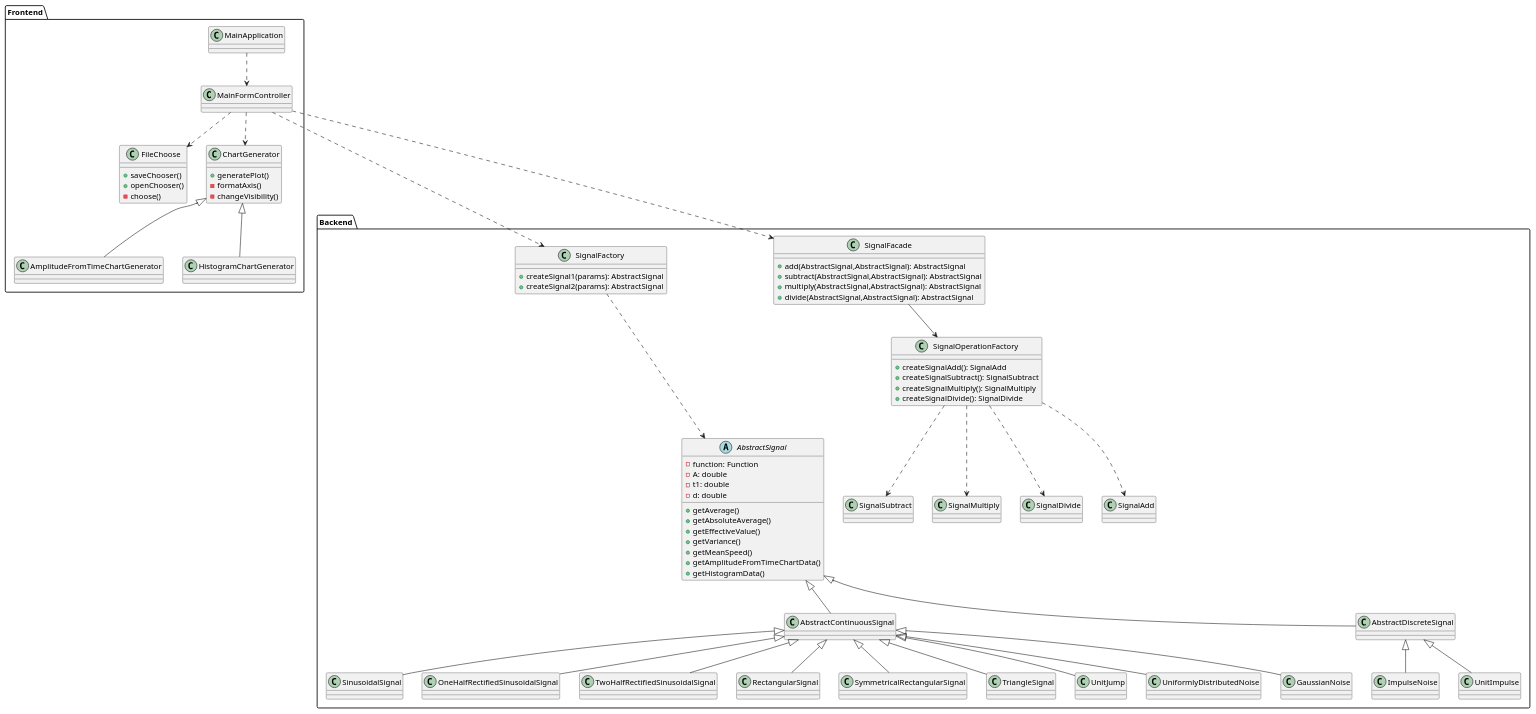
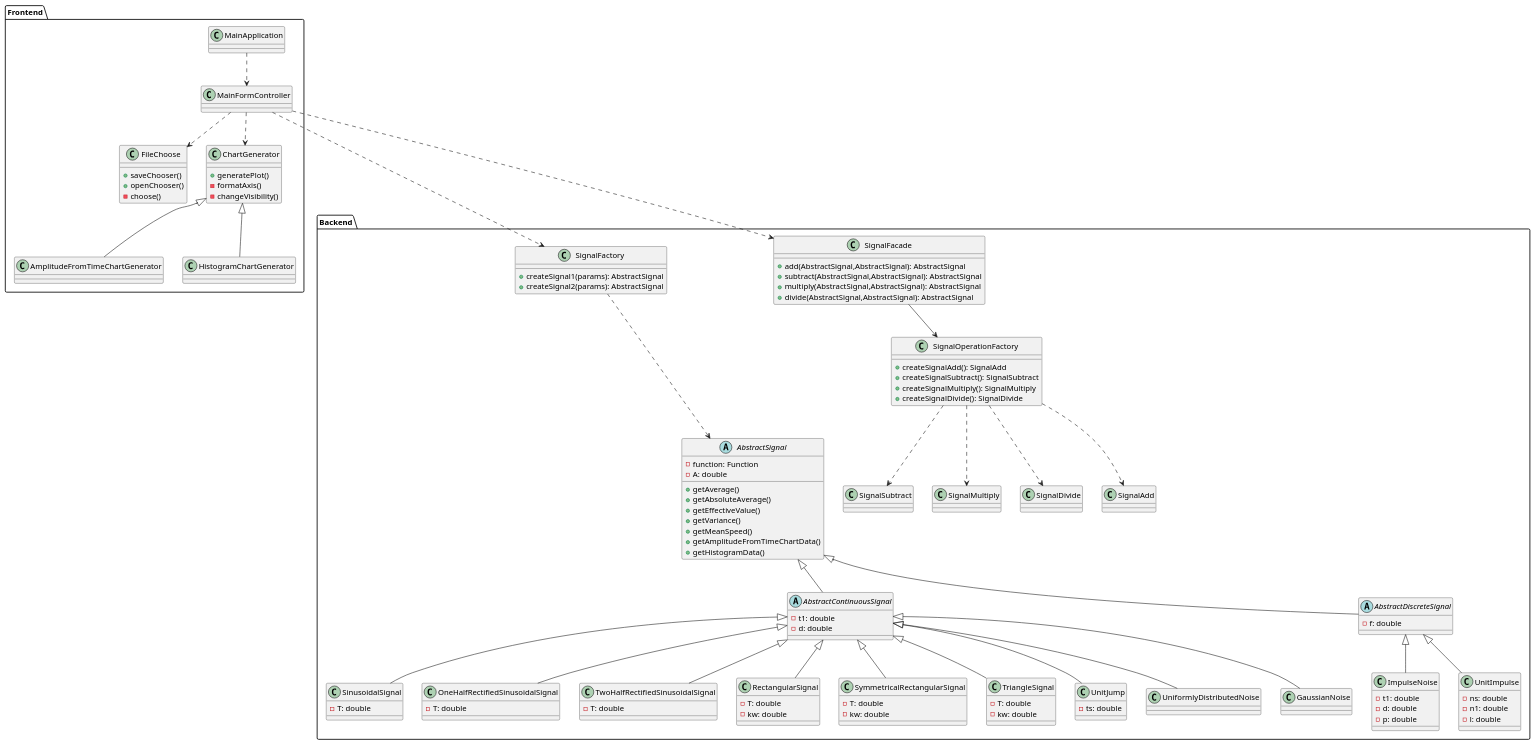
The diagram in README.md (RadekBucki/DigitalSignalProcessing), drawn with PlantUML before and after one commit.

Commit message:
Add signal params

```diff
--- a/README.md
+++ b/README.md
@@ -13,8 +13,6 @@
     abstract class AbstractSignal {
         - function: Function
         - A: double
-        - t1: double
-        - d: double
         + getAverage()
         + getAbsoluteAverage()
         + getEffectiveValue()
@@ -24,9 +22,12 @@
         + getHistogramData()
     }
     
-    class AbstractContinuousSignal {
+    abstract class AbstractContinuousSignal {
+        - t1: double
+        - d: double
     }
-    class AbstractDiscreteSignal {
+    abstract class AbstractDiscreteSignal {
+        - f: double
     }
     
     AbstractSignal <|-- AbstractContinuousSignal
@@ -34,15 +35,40 @@
     
     class UniformlyDistributedNoise
     class GaussianNoise
-    class SinusoidalSignal
-    class OneHalfRectifiedSinusoidalSignal
-    class TwoHalfRectifiedSinusoidalSignal
-    class RectangularSignal
-    class SymmetricalRectangularSignal
-    class TriangleSignal
-    class UnitJump
-    class UnitImpulse
-    class ImpulseNoise
+    class SinusoidalSignal {
+        - T: double
+    }
+    class OneHalfRectifiedSinusoidalSignal {
+        - T: double
+    }
+    class TwoHalfRectifiedSinusoidalSignal {
+        - T: double
+    }
+    class RectangularSignal {
+        - T: double
+        - kw: double
+    }
+    class SymmetricalRectangularSignal {
+        - T: double
+        - kw: double
+    }
+    class TriangleSignal {
+        - T: double
+        - kw: double
+    }
+    class UnitJump {
+        - ts: double
+    }
+    class UnitImpulse {
+        - ns: double
+        - n1: double
+        - l: double
+    }
+    class ImpulseNoise {
+        - t1: double
+        - d: double
+        - p: double
+    }
     
     AbstractContinuousSignal <|-- UniformlyDistributedNoise
     AbstractContinuousSignal <|-- GaussianNoise
```
